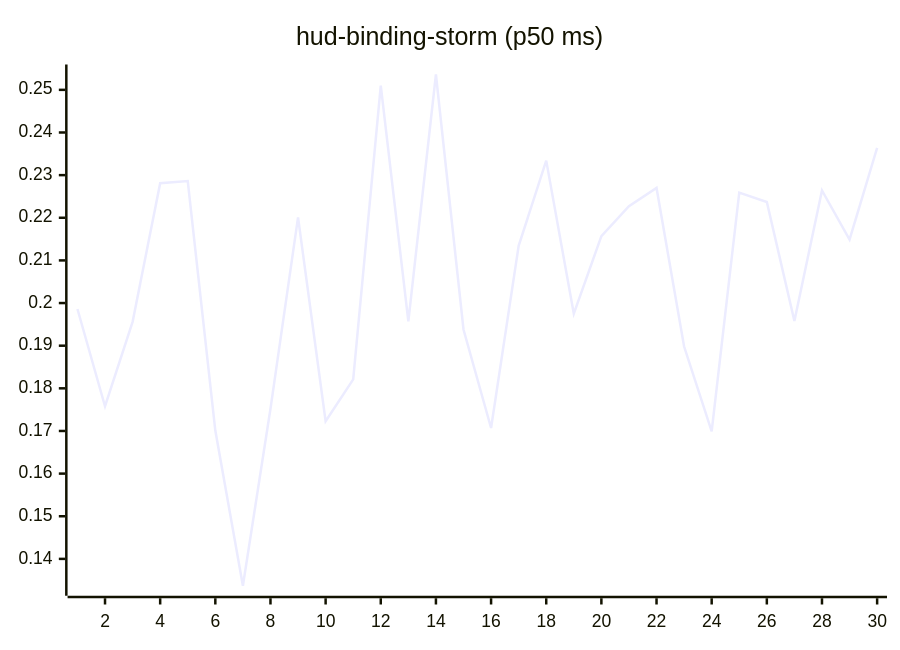
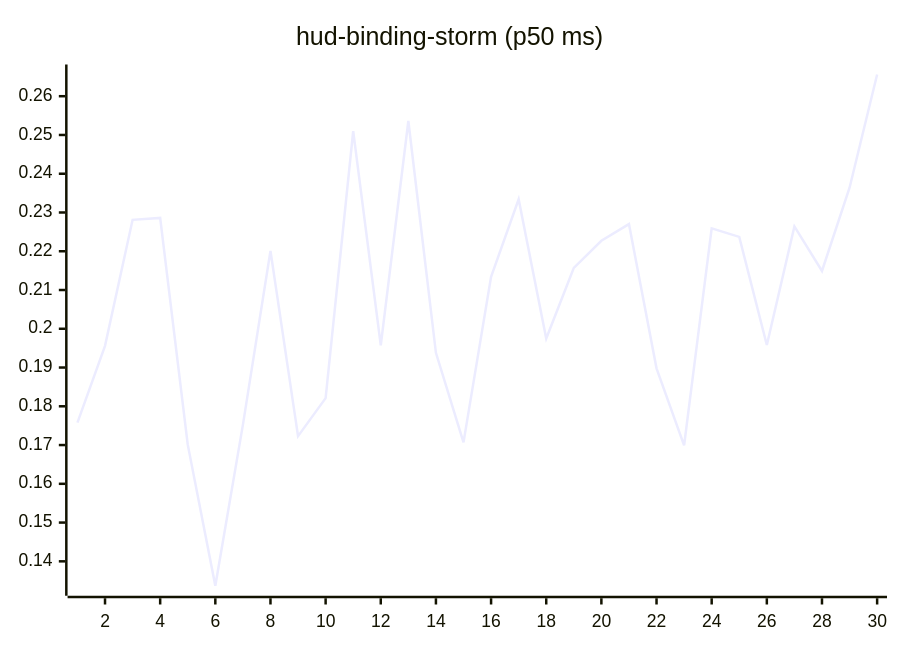
One commit to josha/Facet changed the tenth of 27 diagrams in README.md. Above: the diagram before and after it, drawn with Mermaid. The commit also changed other lines of this file and 2 other files, not shown here.

````diff
--- a/README.md
+++ b/README.md
@@ -126,6 +126,6 @@
 ```mermaid
 xychart-beta
     title "hud-binding-storm (p50 ms)"
     x-axis 1 --> 30
-    line [0.1986, 0.1758, 0.1956, 0.2281, 0.2286, 0.1701, 0.1337, 0.1752, 0.2201, 0.1723, 0.1821, 0.2510, 0.1957, 0.2536, 0.1938, 0.1707, 0.2134, 0.2334, 0.1975, 0.2157, 0.2227, 0.2270, 0.1898, 0.1699, 0.2259, 0.2237, 0.1958, 0.2264, 0.2149, 0.2364]
+    line [0.1758, 0.1956, 0.2281, 0.2286, 0.1701, 0.1337, 0.1752, 0.2201, 0.1723, 0.1821, 0.2510, 0.1957, 0.2536, 0.1938, 0.1707, 0.2134, 0.2334, 0.1975, 0.2157, 0.2227, 0.2270, 0.1898, 0.1699, 0.2259, 0.2237, 0.1958, 0.2264, 0.2149, 0.2364, 0.2656]
 ```
````
